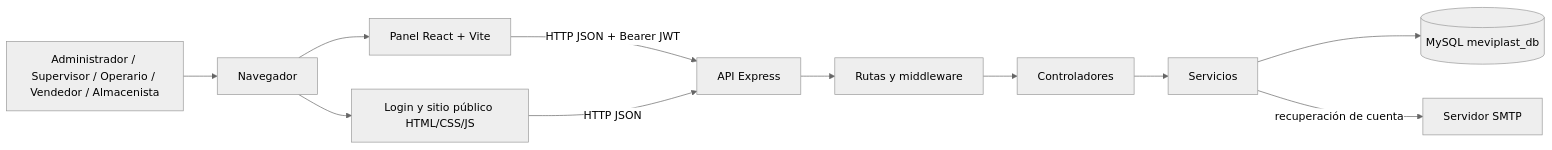
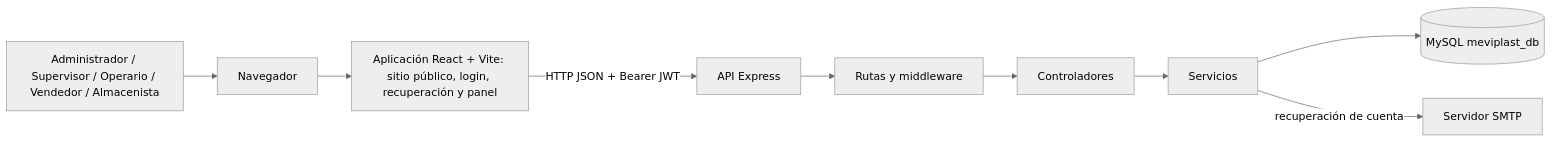
The diagram in docs/architecture/overview.md (Pafuna08/MEVIPLAST-NODEJS), drawn with Mermaid (neutral theme) before and after one commit. The commit also changed other lines of this file and 8 other files, not shown here.

````diff
--- a/docs/architecture/overview.md
+++ b/docs/architecture/overview.md
@@ -5,13 +5,11 @@
 ```mermaid
 flowchart LR
   User[Administrador / Supervisor / Operario / Vendedor / Almacenista] --> Browser[Navegador]
-  Browser --> React[Panel React + Vite]
-  Browser --> Static[Login y sitio público HTML/CSS/JS]
+  Browser --> React[Aplicación React + Vite: sitio público, login, recuperación y panel]
   React -->|HTTP JSON + Bearer JWT| Express[API Express]
-  Static -->|HTTP JSON| Express
   Express --> Routes[Rutas y middleware]
   Routes --> Controllers[Controladores]
   Controllers --> Services[Servicios]
   Services --> MySQL[(MySQL meviplast_db)]
   Services -->|recuperación de cuenta| SMTP[Servidor SMTP]
 ```
````
